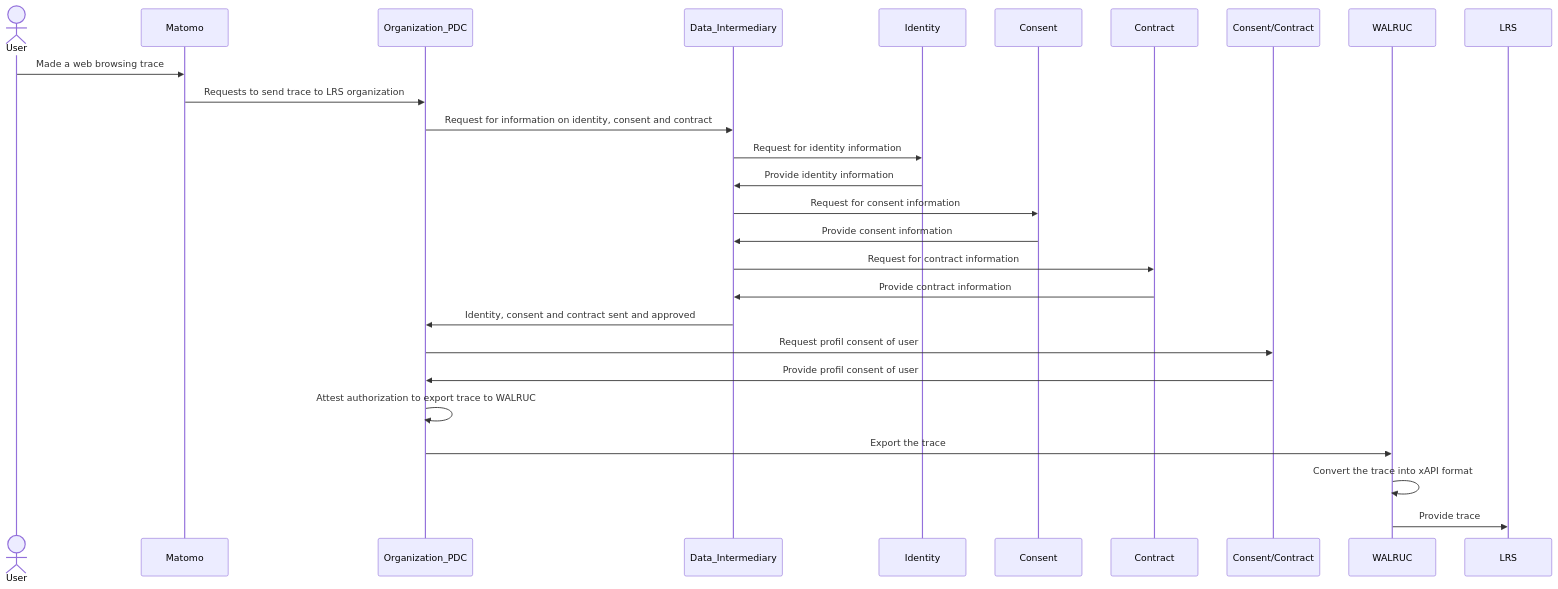
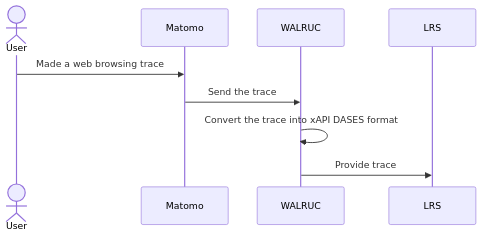
The fourth of 4 diagrams in docs/design-document.md (Prometheus-X-association/walruc), drawn with Mermaid before and after one commit. The commit also changed other lines of this file, not shown here.

````diff
--- a/docs/design-document.md
+++ b/docs/design-document.md
@@ -357,20 +376,8 @@
 ```mermaid
 sequenceDiagram
    actor User as User
    User->>Matomo: Made a web browsing trace
-   Matomo->>Organization_PDC: Requests to send trace to LRS organization
-   Organization_PDC->>Data_Intermediary: Request for information on identity, consent and contract
-   Data_Intermediary->>Identity: Request for identity information
-   Identity->>Data_Intermediary: Provide identity information
-   Data_Intermediary->>Consent: Request for consent information
-   Consent->>Data_Intermediary: Provide consent information
-   Data_Intermediary->>Contract: Request for contract information
-   Contract->>Data_Intermediary: Provide contract information
-   Data_Intermediary->>Organization_PDC: Identity, consent and contract sent and approved
-   Organization_PDC->>Consent/Contract: Request profil consent of user
-   Consent/Contract->>Organization_PDC: Provide profil consent of user
-   Organization_PDC->>Organization_PDC: Attest authorization to export trace to WALRUC
-   Organization_PDC->>WALRUC: Export the trace
-   WALRUC->>WALRUC: Convert the trace into xAPI format
+   Matomo->>WALRUC: Send the trace
+   WALRUC->>WALRUC: Convert the trace into xAPI DASES format
    WALRUC->>LRS: Provide trace
 ```
````
